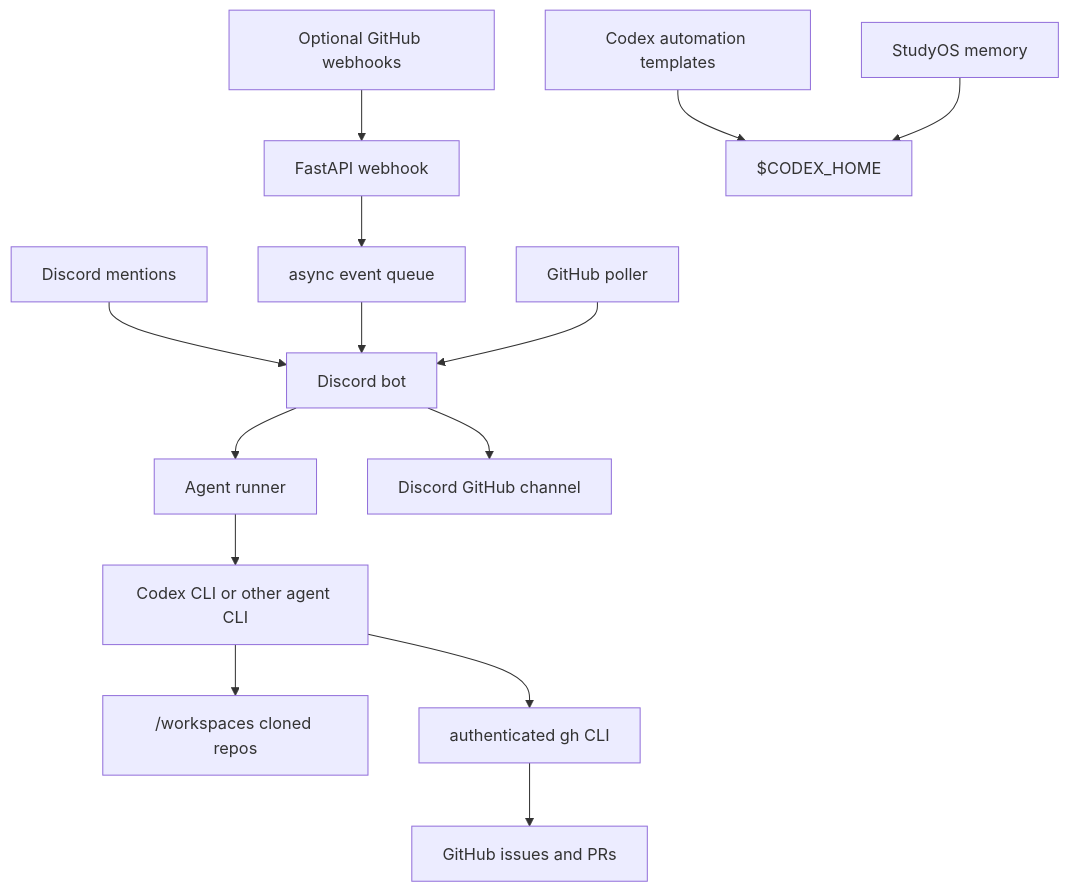
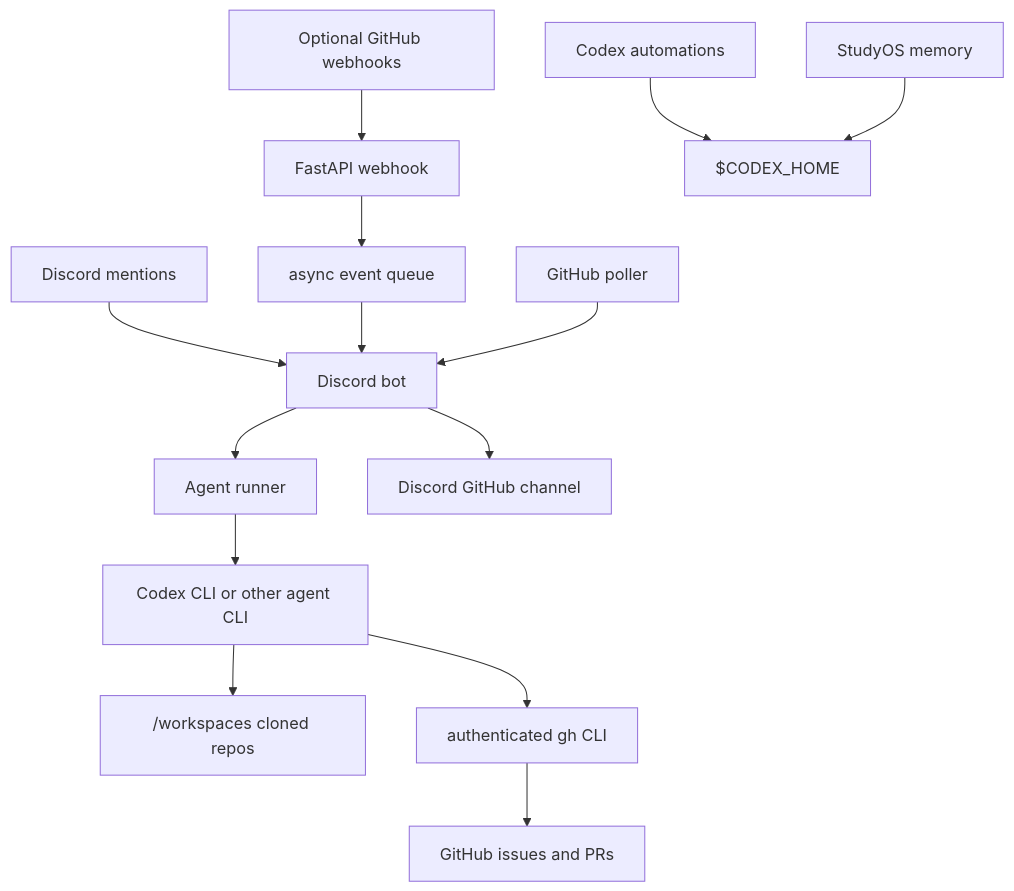
One commit to Tue-StudyOS/StudyOS-Agent-Gateway changed the diagram in README.md. Above: the diagram before and after it, drawn with Mermaid. The commit also changed other lines of this file and 25 other files, not shown here.

Commit message:
feat(automations): seed codex automation files

````diff
--- a/README.md
+++ b/README.md
@@ -42,16 +42,16 @@
 ```mermaid
 flowchart TD
     Discord["Discord mentions"] --> Bot["Discord bot"]
     GitHub["Optional GitHub webhooks"] --> API["FastAPI webhook"]
     API --> Queue["async event queue"]
     Queue --> Bot
     Poller["GitHub poller"] --> Bot
     Bot --> Runner["Agent runner"]
     Runner --> Codex["Codex CLI or other agent CLI"]
     Codex --> Workspaces["/workspaces cloned repos"]
     Codex --> GHCLI["authenticated gh CLI"]
     GHCLI --> GitHubRepo["GitHub issues and PRs"]
     Bot --> Channel["Discord GitHub channel"]
-    Templates["Codex automation templates"] --> CodexHome["$CODEX_HOME"]
+    Automations["Codex automations"] --> CodexHome["$CODEX_HOME"]
     Memory["StudyOS memory"] --> CodexHome
 ```
````
